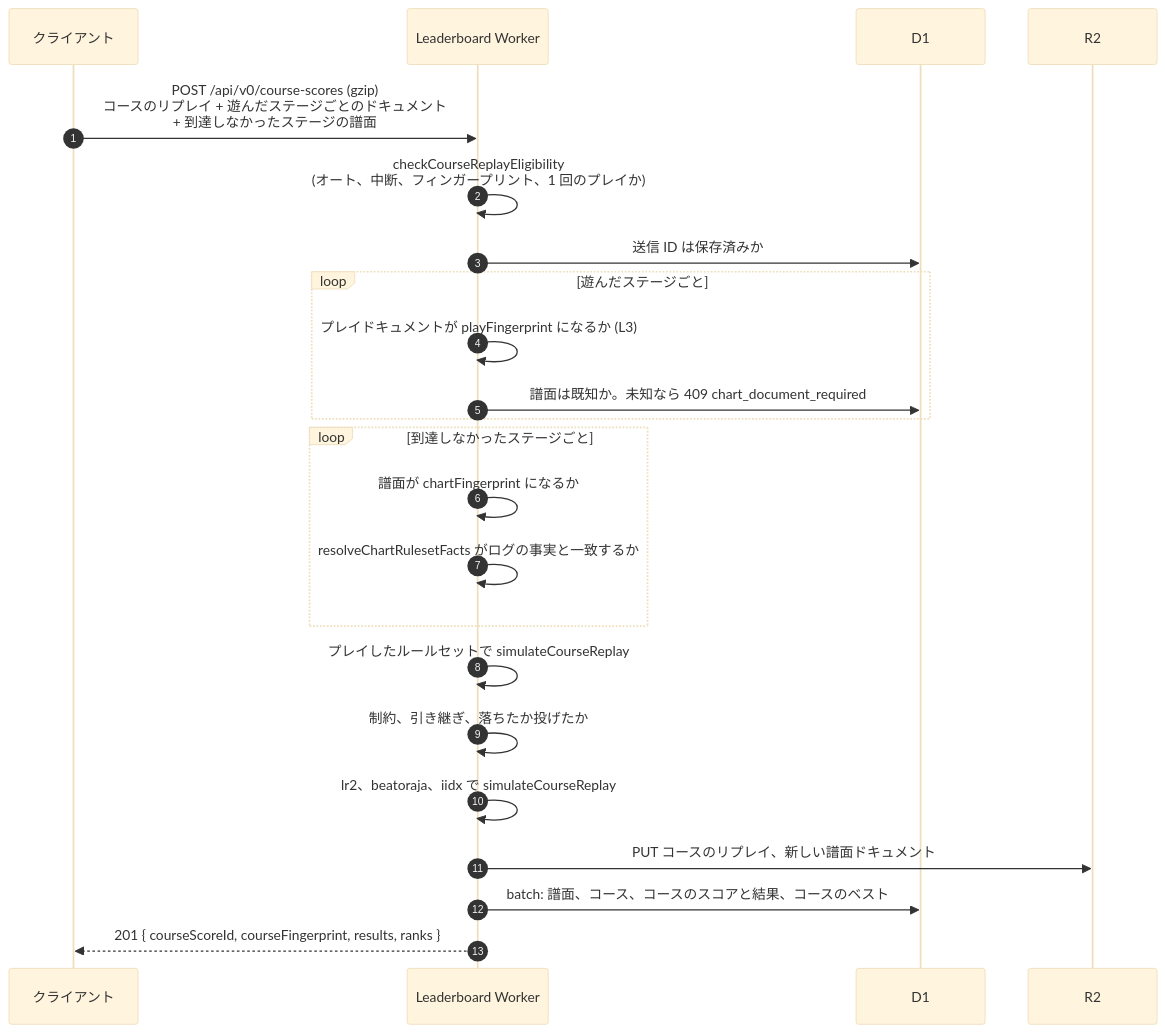
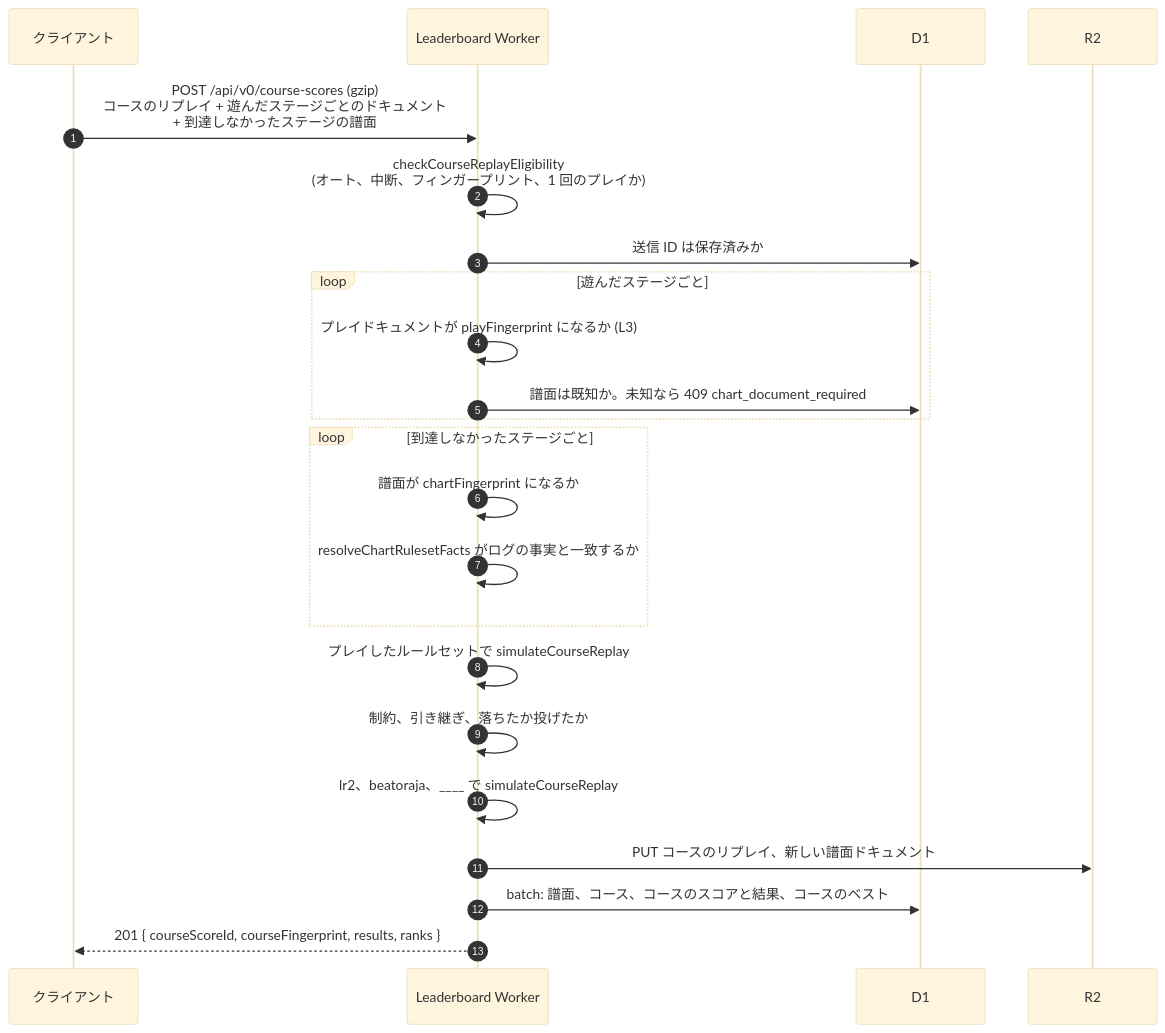
One commit to nulltask/be-music changed the third of 4 diagrams in docs/leaderboard.ja.md. Above: the diagram before and after it, drawn with Mermaid (base theme). The commit also changed other lines of this file and 45 other files, not shown here.

````diff
--- a/docs/leaderboard.ja.md
+++ b/docs/leaderboard.ja.md
@@ -313,26 +313,26 @@
 ```mermaid
 sequenceDiagram
     autonumber
     participant C as クライアント
     participant A as Leaderboard Worker
     participant D as D1
     participant R as R2
 
     C->>A: POST /api/v0/course-scores (gzip)<br/>コースのリプレイ + 遊んだステージごとのドキュメント<br/>+ 到達しなかったステージの譜面
     A->>A: checkCourseReplayEligibility<br/>(オート、中断、フィンガープリント、1 回のプレイか)
     A->>D: 送信 ID は保存済みか
     loop 遊んだステージごと
         A->>A: プレイドキュメントが playFingerprint になるか (L3)
         A->>D: 譜面は既知か。未知なら 409 chart_document_required
     end
     loop 到達しなかったステージごと
         A->>A: 譜面が chartFingerprint になるか
         A->>A: resolveChartRulesetFacts がログの事実と一致するか
     end
     A->>A: プレイしたルールセットで simulateCourseReplay
     A->>A: 制約、引き継ぎ、落ちたか投げたか
-    A->>A: lr2、beatoraja、iidx で simulateCourseReplay
+    A->>A: lr2、beatoraja、____ で simulateCourseReplay
     A->>R: PUT コースのリプレイ、新しい譜面ドキュメント
     A->>D: batch: 譜面、コース、コースのスコアと結果、コースのベスト
     A-->>C: 201 { courseScoreId, courseFingerprint, results, ranks }
 ```
````
